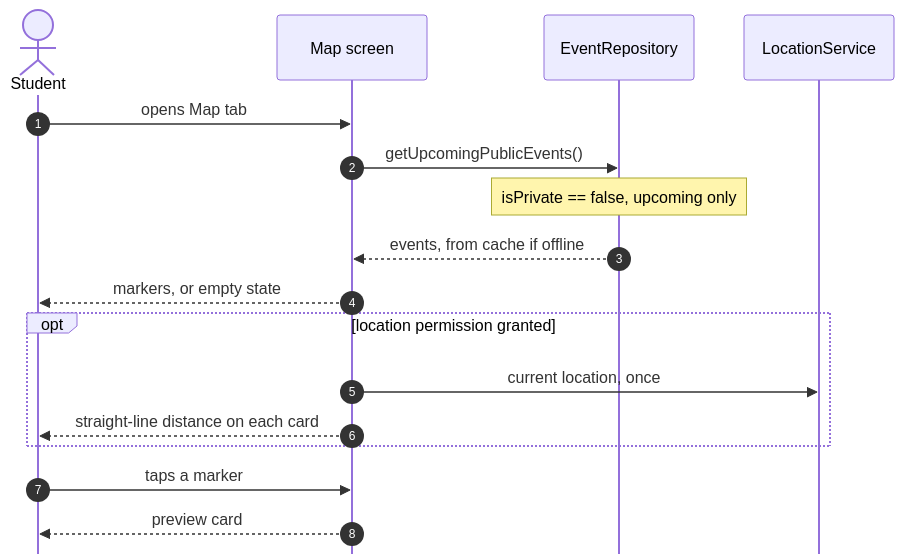
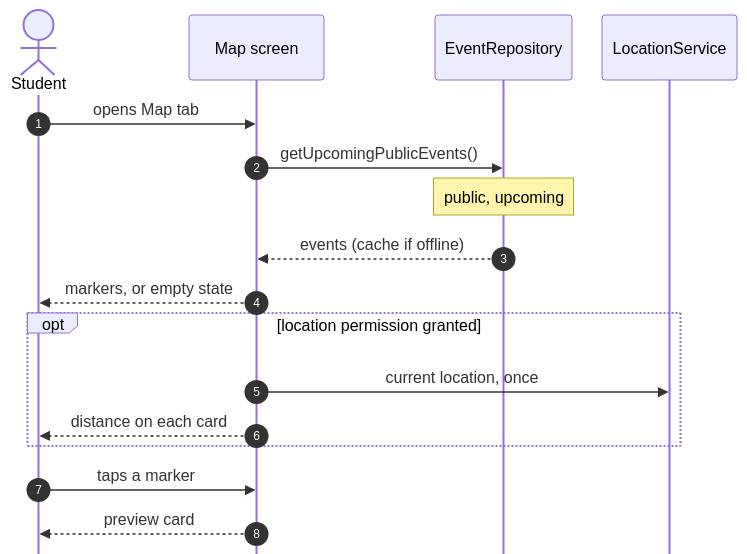
Before and after one commit to swent-polysocial/PolySocial: the ninth of 11 diagrams in docs/Architecture-Diagram.md, drawn with Mermaid. The commit also changed other lines of this file and 2 other files, not shown here.

````diff
--- a/docs/Architecture-Diagram.md
+++ b/docs/Architecture-Diagram.md
@@ -436,20 +258,20 @@
 ```mermaid
-%%{init: {"sequence": {"mirrorActors": false, "actorFontSize": 15, "messageFontSize": 15, "noteFontSize": 14}}}%%
+%%{init: {"sequence": {"mirrorActors": false, "actorMargin": 30, "width": 135, "actorFontSize": 15, "messageFontSize": 15, "noteFontSize": 14}}}%%
 sequenceDiagram
   autonumber
   actor S as Student
   participant App as Map screen
   participant ER as EventRepository
   participant LS as LocationService
   S->>App: opens Map tab
   App->>ER: getUpcomingPublicEvents()
-  Note over ER: isPrivate == false, upcoming only
-  ER-->>App: events, from cache if offline
+  Note over ER: public, upcoming
+  ER-->>App: events (cache if offline)
   App-->>S: markers, or empty state
   opt location permission granted
     App->>LS: current location, once
-    App-->>S: straight-line distance on each card
+    App-->>S: distance on each card
   end
   S->>App: taps a marker
   App-->>S: preview card
 ```
````
